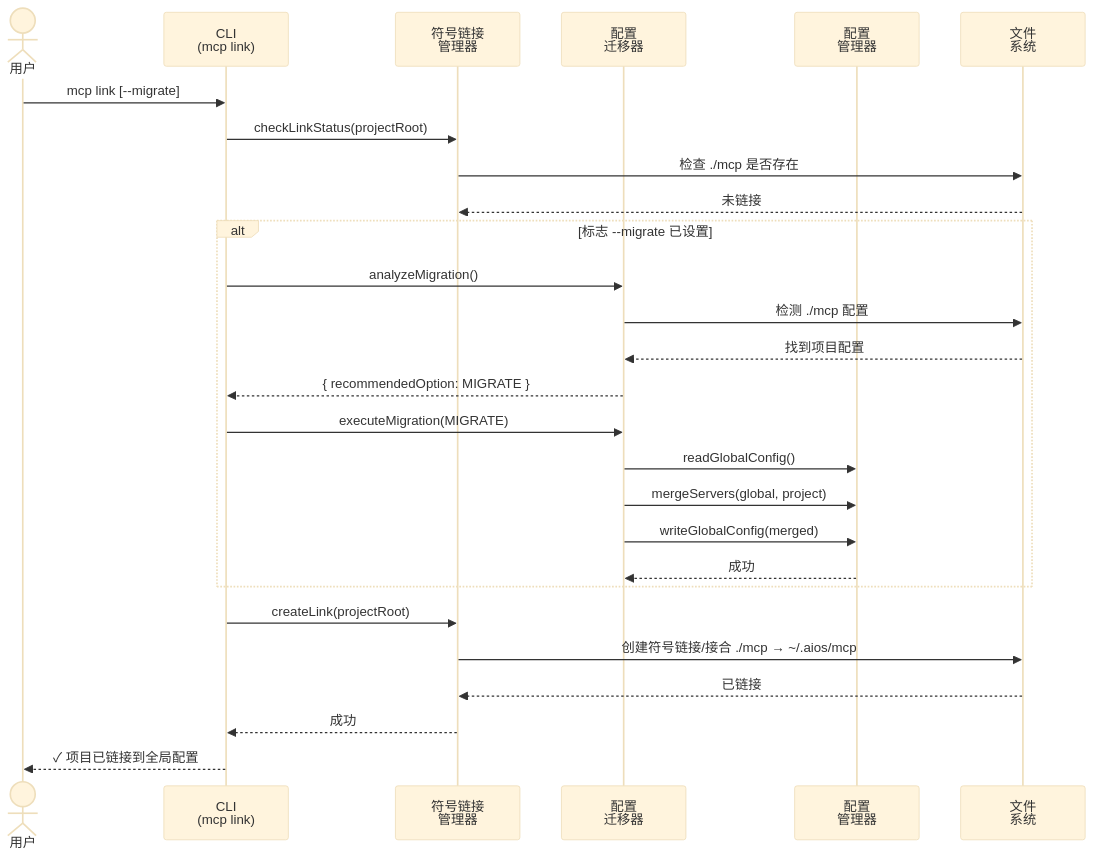
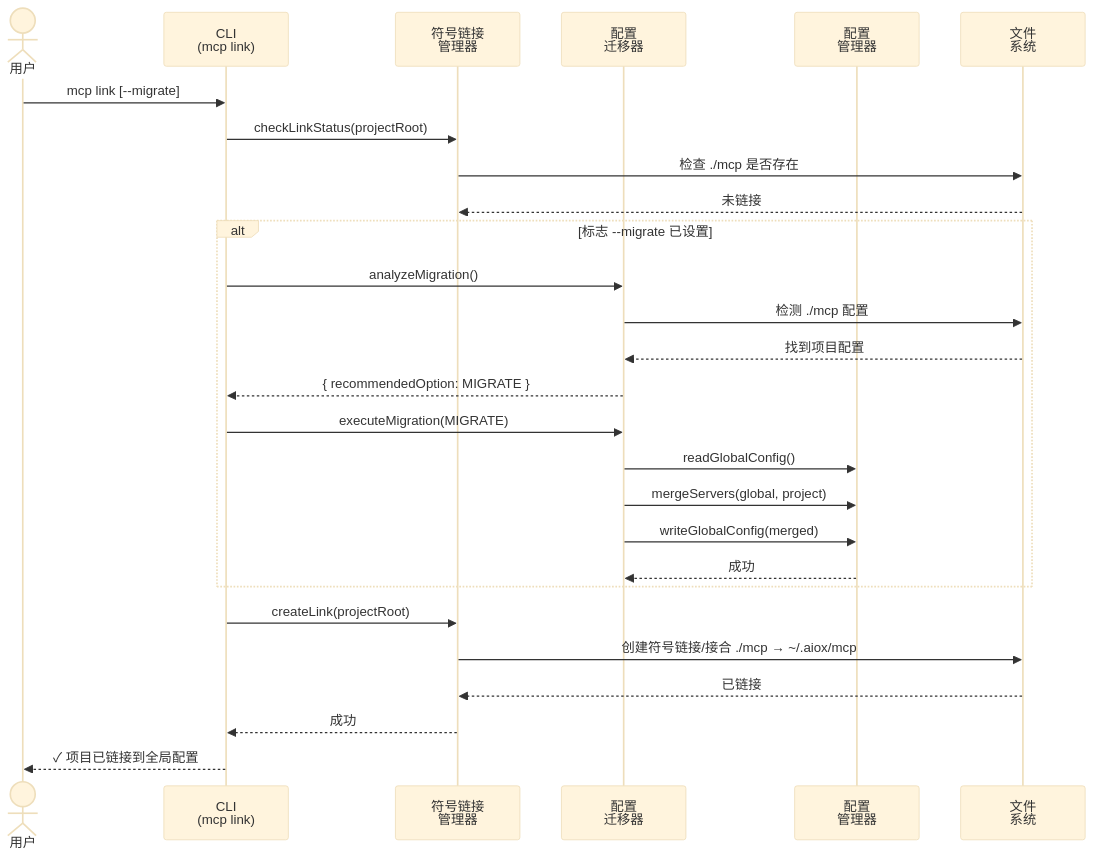
One commit to brunajunckes/aiox-core changed the second of 2 diagrams in docs/zh/architecture/mcp-system-diagrams.md. Above: the diagram before and after it, drawn with Mermaid (base theme). The commit also changed other lines of this file and 3446 other files, not shown here.

First line of the commit message:
chore: rebrand aios → aiox across entire codebase (#552)

````diff
--- a/docs/zh/architecture/mcp-system-diagrams.md
+++ b/docs/zh/architecture/mcp-system-diagrams.md
@@ -45,30 +45,30 @@
 ```mermaid
 sequenceDiagram
     actor User as 用户
     participant CLI as CLI<br/>(mcp link)
     participant Symlink as 符号链接<br/>管理器
     participant Migrator as 配置<br/>迁移器
     participant Mgr as 配置<br/>管理器
     participant FS as 文件<br/>系统
 
     User->>CLI: mcp link [--migrate]
     CLI->>Symlink: checkLinkStatus(projectRoot)
     Symlink->>FS: 检查 ./mcp 是否存在
     FS-->>Symlink: 未链接
     alt 标志 --migrate 已设置
         CLI->>Migrator: analyzeMigration()
         Migrator->>FS: 检测 ./mcp 配置
         FS-->>Migrator: 找到项目配置
         Migrator-->>CLI: { recommendedOption: MIGRATE }
         CLI->>Migrator: executeMigration(MIGRATE)
         Migrator->>Mgr: readGlobalConfig()
         Migrator->>Mgr: mergeServers(global, project)
         Migrator->>Mgr: writeGlobalConfig(merged)
         Mgr-->>Migrator: 成功
     end
     CLI->>Symlink: createLink(projectRoot)
-    Symlink->>FS: 创建符号链接/接合 ./mcp → ~/.aios/mcp
+    Symlink->>FS: 创建符号链接/接合 ./mcp → ~/.aiox/mcp
     FS-->>Symlink: 已链接
     Symlink-->>CLI: 成功
     CLI-->>User: ✓ 项目已链接到全局配置
 ```
````
